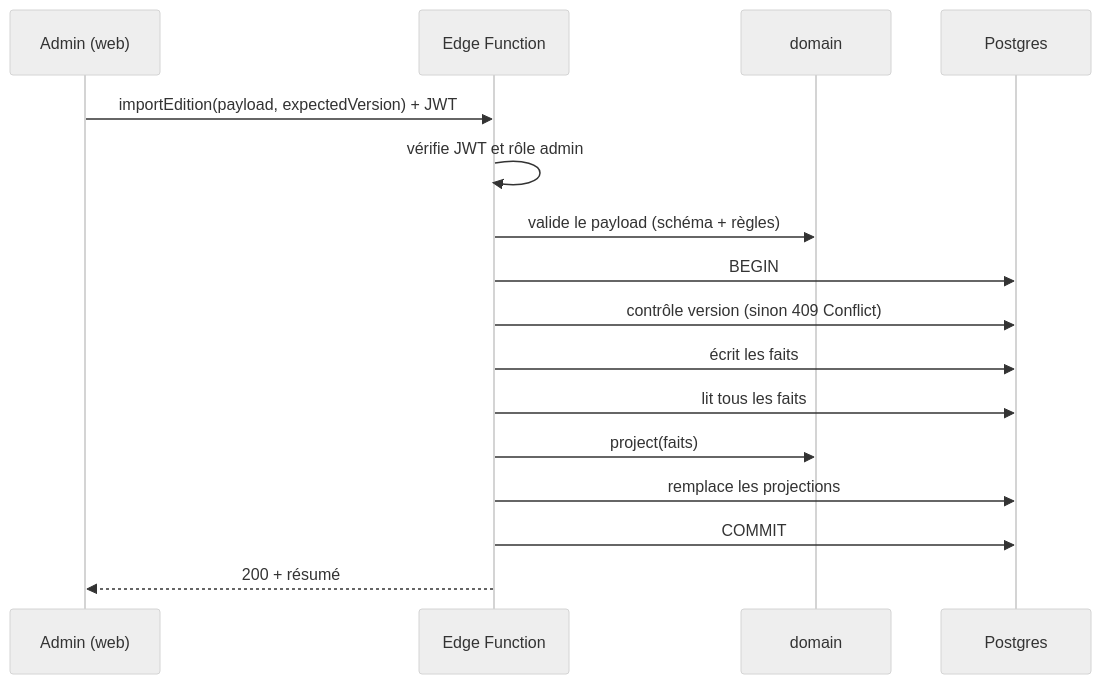
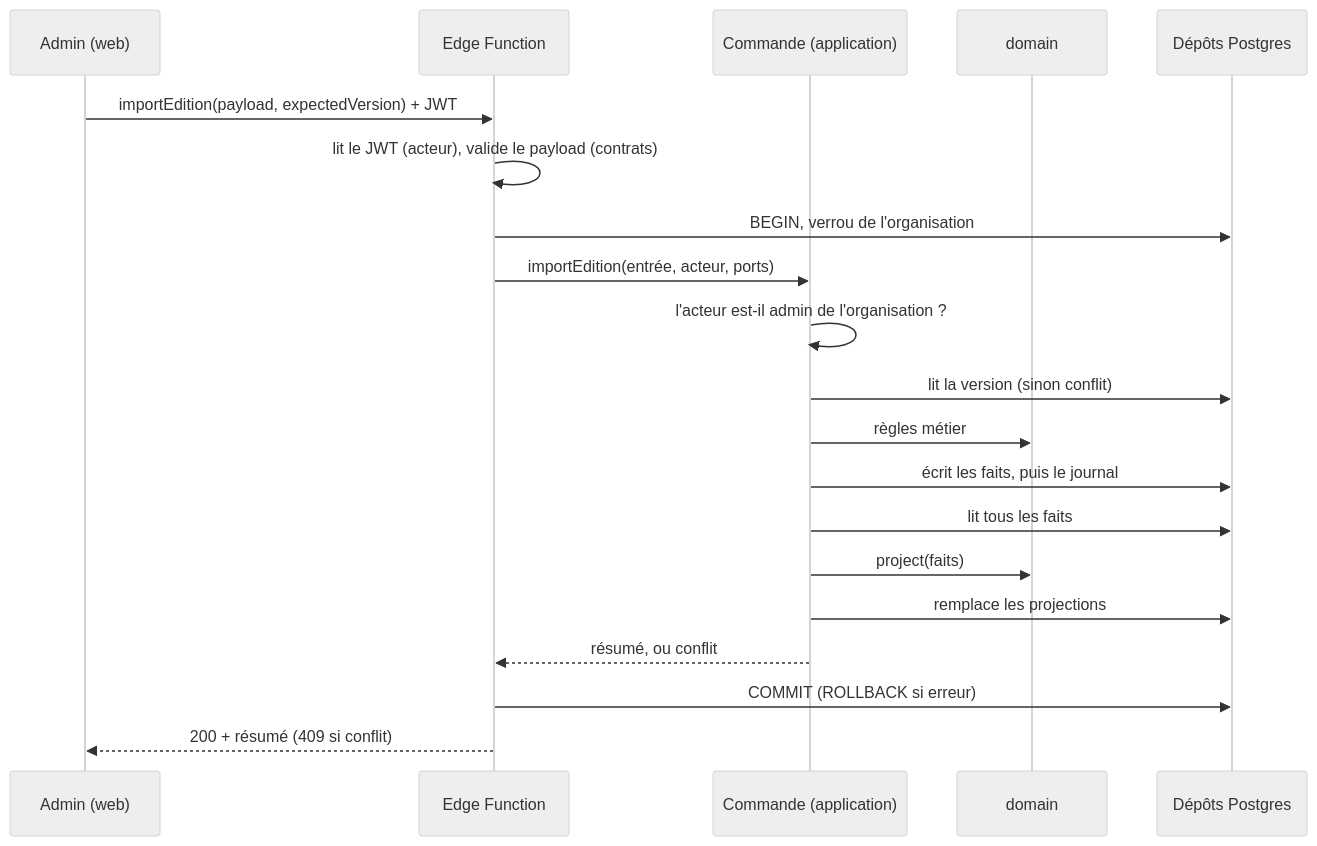
The second of 2 diagrams in docs/architecture/overview.md (Charkx/Arrakard), drawn with Mermaid (neutral theme) before and after one commit. The commit also changed other lines of this file and 6 other files, not shown here.

````diff
--- a/docs/architecture/overview.md
+++ b/docs/architecture/overview.md
@@ -59,18 +64,22 @@
 ```mermaid
 sequenceDiagram
   participant UI as Admin (web)
   participant FN as Edge Function
+  participant CMD as Commande (application)
   participant DOM as domain
-  participant DB as Postgres
+  participant PG as Dépôts Postgres
   UI->>FN: importEdition(payload, expectedVersion) + JWT
-  FN->>FN: vérifie JWT et rôle admin
-  FN->>DOM: valide le payload (schéma + règles)
-  FN->>DB: BEGIN
-  FN->>DB: contrôle version (sinon 409 Conflict)
-  FN->>DB: écrit les faits
-  FN->>DB: lit tous les faits
-  FN->>DOM: project(faits)
-  FN->>DB: remplace les projections
-  FN->>DB: COMMIT
-  FN-->>UI: 200 + résumé
+  FN->>FN: lit le JWT (acteur), valide le payload (contrats)
+  FN->>PG: BEGIN, verrou de l'organisation
+  FN->>CMD: importEdition(entrée, acteur, ports)
+  CMD->>CMD: l'acteur est-il admin de l'organisation ?
+  CMD->>PG: lit la version (sinon conflit)
+  CMD->>DOM: règles métier
+  CMD->>PG: écrit les faits, puis le journal
+  CMD->>PG: lit tous les faits
+  CMD->>DOM: project(faits)
+  CMD->>PG: remplace les projections
+  CMD-->>FN: résumé, ou conflit
+  FN->>PG: COMMIT (ROLLBACK si erreur)
+  FN-->>UI: 200 + résumé (409 si conflit)
 ```
````
